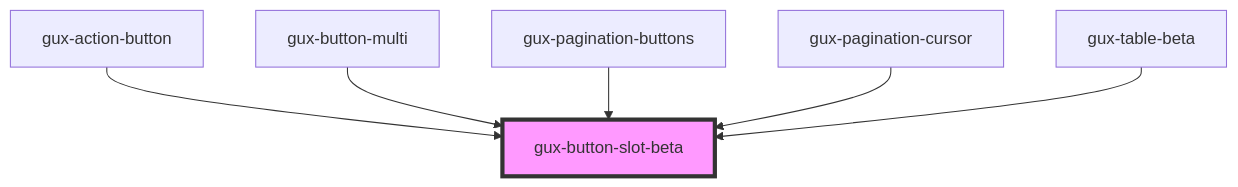
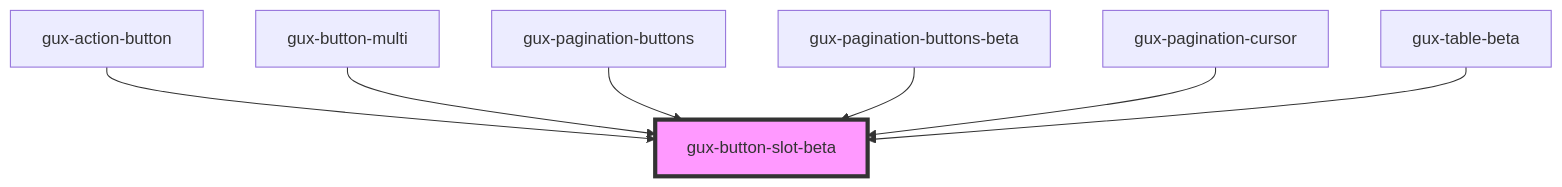
Before and after one commit to MyPureCloud/genesys-spark: the diagram in src/components/beta/gux-button-slot/readme.md, drawn with Mermaid. The commit also changed other lines of this file and 99 other files, not shown here.

Commit message:
feat(gux-pagination-beta): created pagination beta component with simple and advanced layout options

````diff
--- a/src/components/beta/gux-button-slot/readme.md
+++ b/src/components/beta/gux-button-slot/readme.md
@@ -30,9 +31,10 @@
 ```mermaid
 graph TD;
   gux-action-button --> gux-button-slot-beta
   gux-button-multi --> gux-button-slot-beta
   gux-pagination-buttons --> gux-button-slot-beta
+  gux-pagination-buttons-beta --> gux-button-slot-beta
   gux-pagination-cursor --> gux-button-slot-beta
   gux-table-beta --> gux-button-slot-beta
   style gux-button-slot-beta fill:#f9f,stroke:#333,stroke-width:4px
 ```
````
